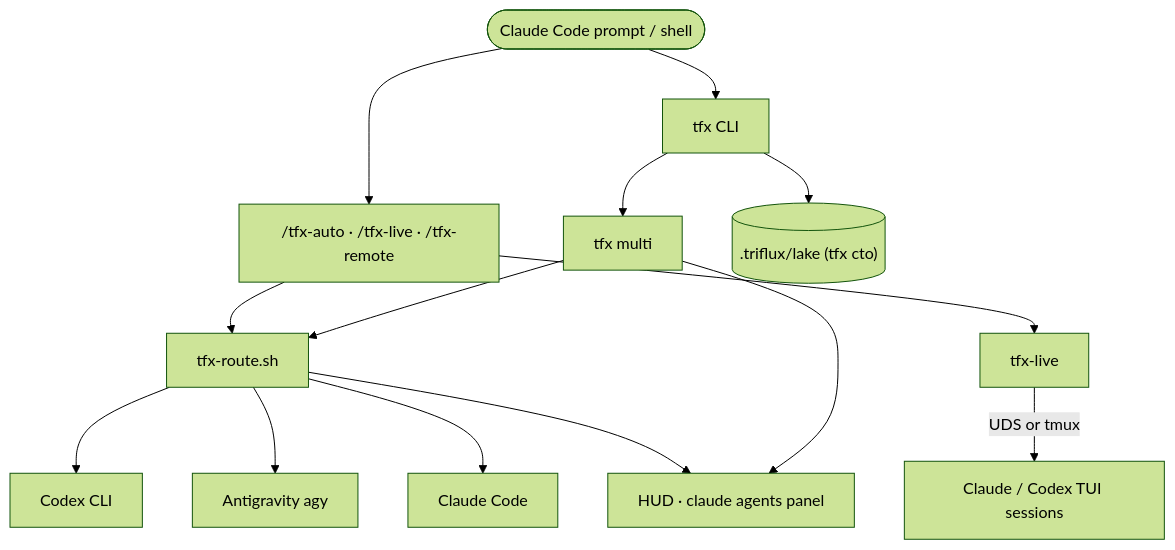
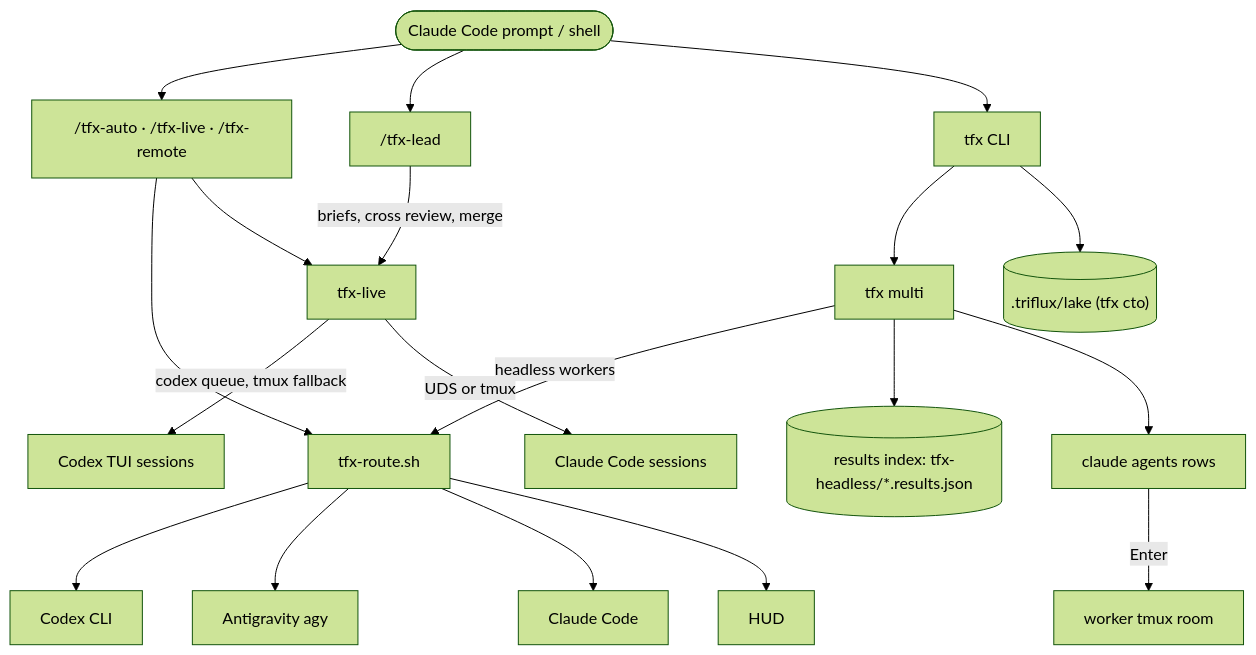
Before and after one commit to tellang/triflux: the diagram in packages/triflux/README.md, drawn with Mermaid (forest theme). The commit also changed other lines of this file and 9 other files, not shown here.

````diff
--- a/packages/triflux/README.md
+++ b/packages/triflux/README.md
@@ -185,16 +181,21 @@
 ```mermaid
 graph TD
     User([Claude Code prompt / shell]) --> Skills["/tfx-auto · /tfx-live · /tfx-remote"]
+    User --> Lead["/tfx-lead"]
     User --> CLI[tfx CLI]
+    Lead -->|"briefs, cross review, merge"| Live
     Skills --> Route[tfx-route.sh]
     Skills --> Live[tfx-live]
     CLI --> Team["tfx multi"]
     Route --> Codex[Codex CLI]
     Route --> Agy[Antigravity agy]
     Route --> Claude[Claude Code]
-    Team --> Route
-    Live -->|UDS or tmux| Sessions[Claude / Codex TUI sessions]
-    Route --> UI["HUD · claude agents panel"]
-    Team --> UI
+    Team -->|headless workers| Route
+    Team --> Index[("results index: tfx-headless/*.results.json")]
+    Team --> Rows["claude agents rows"]
+    Rows -->|Enter| Room["worker tmux room"]
+    Live -->|"codex queue, tmux fallback"| CodexTUI[Codex TUI sessions]
+    Live -->|"UDS or tmux"| ClaudeTUI[Claude Code sessions]
+    Route --> HUD[HUD]
     CLI --> Lake[(".triflux/lake (tfx cto)")]
 ```
````
